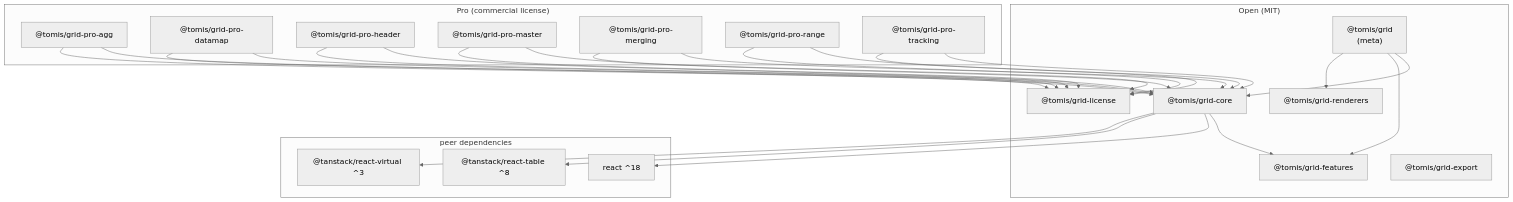
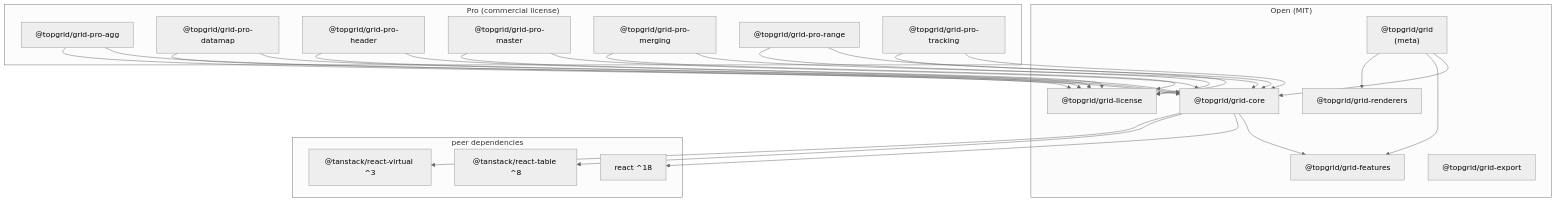
Before and after one commit to alladins/topgrid: the diagram in apps/docs/i18n/en/docusaurus-plugin-content-docs/current/architecture.mdx, drawn with Mermaid (neutral theme). The commit also changed other lines of this file and 188 other files, not shown here.

First line of the commit message:
chore(scope-rename): @tomis/* → @topgrid/* + GitHub repo 연결 + 4 MIT publish metadata

````diff
--- a/apps/docs/i18n/en/docusaurus-plugin-content-docs/current/architecture.mdx
+++ b/apps/docs/i18n/en/docusaurus-plugin-content-docs/current/architecture.mdx
@@ -26,49 +26,49 @@
 ```mermaid
 graph TD
   subgraph Open["Open (MIT)"]
-    grid["@tomis/grid<br/>(meta)"]
-    grid-core["@tomis/grid-core"]
-    grid-features["@tomis/grid-features"]
-    grid-export["@tomis/grid-export"]
-    grid-renderers["@tomis/grid-renderers"]
-    grid-license["@tomis/grid-license"]
+    grid["@topgrid/grid<br/>(meta)"]
+    grid-core["@topgrid/grid-core"]
+    grid-features["@topgrid/grid-features"]
+    grid-export["@topgrid/grid-export"]
+    grid-renderers["@topgrid/grid-renderers"]
+    grid-license["@topgrid/grid-license"]
   end
 
   subgraph Pro["Pro (commercial license)"]
-    pro-agg["@tomis/grid-pro-agg"]
-    pro-datamap["@tomis/grid-pro-datamap"]
-    pro-header["@tomis/grid-pro-header"]
-    pro-master["@tomis/grid-pro-master"]
-    pro-merging["@tomis/grid-pro-merging"]
-    pro-range["@tomis/grid-pro-range"]
-    pro-tracking["@tomis/grid-pro-tracking"]
+    pro-agg["@topgrid/grid-pro-agg"]
+    pro-datamap["@topgrid/grid-pro-datamap"]
+    pro-header["@topgrid/grid-pro-header"]
+    pro-master["@topgrid/grid-pro-master"]
+    pro-merging["@topgrid/grid-pro-merging"]
+    pro-range["@topgrid/grid-pro-range"]
+    pro-tracking["@topgrid/grid-pro-tracking"]
   end
 
   subgraph Peers["peer dependencies"]
     react["react ^18"]
     tanstack["@tanstack/react-table ^8"]
     virtual["@tanstack/react-virtual ^3"]
   end
 
   grid --> grid-core
   grid --> grid-features
   grid --> grid-renderers
   grid-core --> grid-features
   pro-agg --> grid-core
   pro-datamap --> grid-core
   pro-header --> grid-core
   pro-master --> grid-core
   pro-merging --> grid-core
   pro-range --> grid-core
   pro-tracking --> grid-core
   pro-agg --> grid-license
   pro-datamap --> grid-license
   pro-header --> grid-license
   pro-master --> grid-license
   pro-merging --> grid-license
   pro-range --> grid-license
   pro-tracking --> grid-license
   grid-core --> react
   grid-core --> tanstack
   grid-core --> virtual
 ```
````
